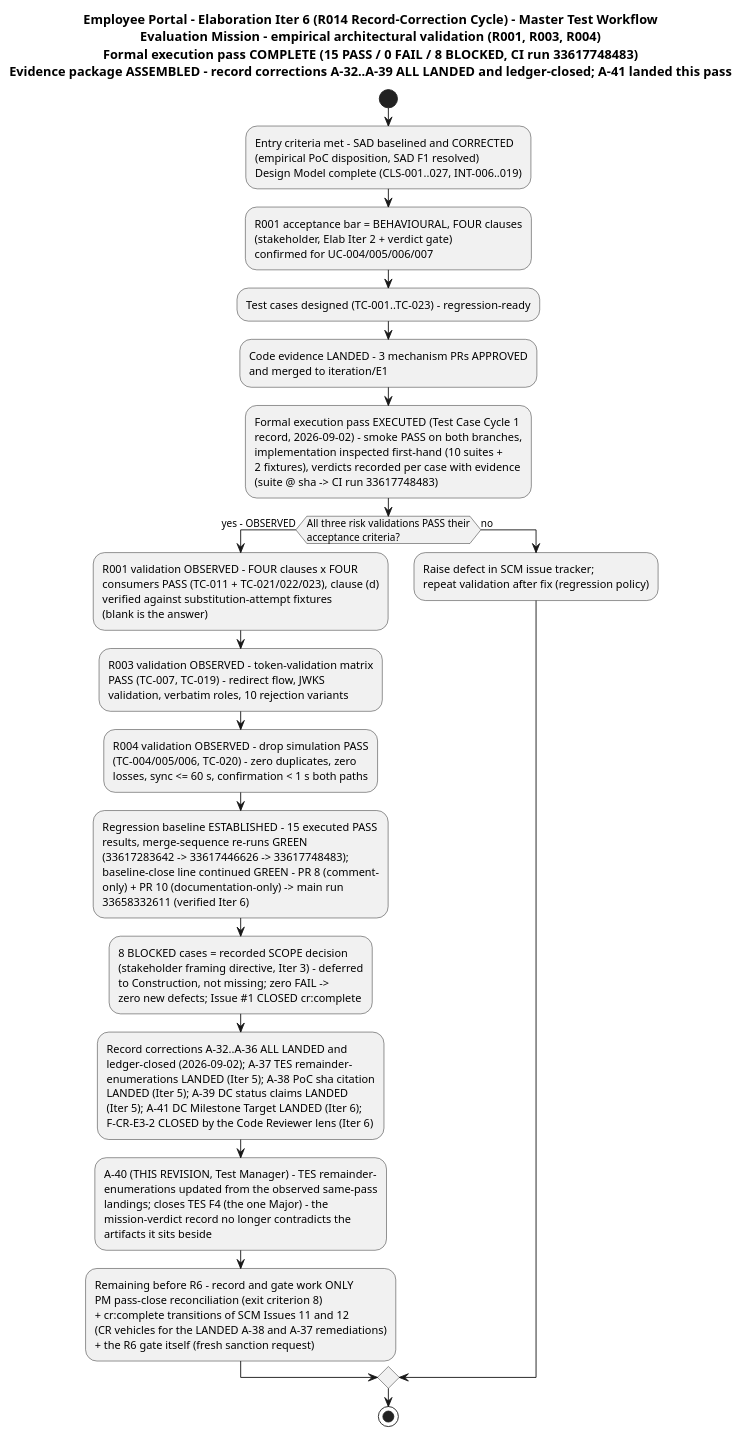
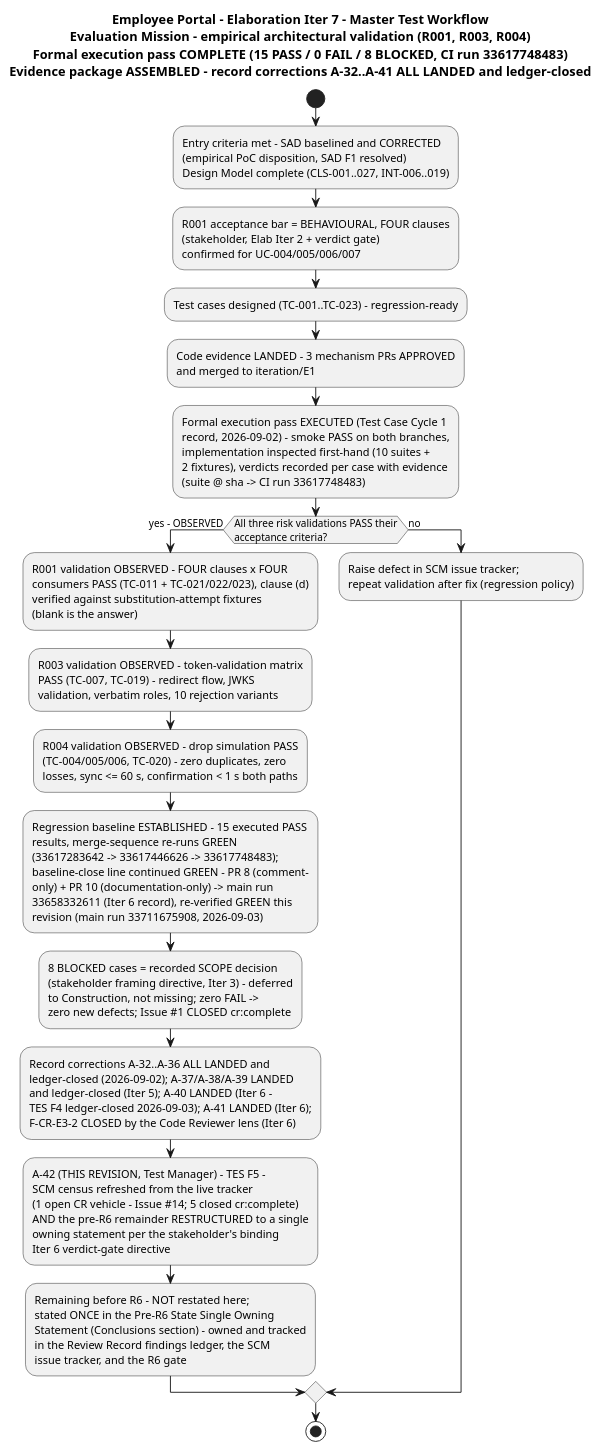
One commit to banense-test/employee-portal changed the second of 5 diagrams in docs/artifacts/test/test-evaluation-summary.md. Above: the diagram before and after it, drawn with PlantUML. The commit also changed other lines of this file, not shown here.

First line of the commit message:
Test Manager [E7]: upsert Test Evaluation Summary

````diff
--- a/docs/artifacts/test/test-evaluation-summary.md
+++ b/docs/artifacts/test/test-evaluation-summary.md
@@ -130,25 +130,25 @@
 ```plantuml
 @startuml
-title Employee Portal - Elaboration Iter 6 (R014 Record-Correction Cycle) - Master Test Workflow\nEvaluation Mission - empirical architectural validation (R001, R003, R004)\nFormal execution pass COMPLETE (15 PASS / 0 FAIL / 8 BLOCKED, CI run 33617748483)\nEvidence package ASSEMBLED - record corrections A-32..A-39 ALL LANDED and ledger-closed; A-41 landed this pass
+title Employee Portal - Elaboration Iter 7 - Master Test Workflow\nEvaluation Mission - empirical architectural validation (R001, R003, R004)\nFormal execution pass COMPLETE (15 PASS / 0 FAIL / 8 BLOCKED, CI run 33617748483)\nEvidence package ASSEMBLED - record corrections A-32..A-41 ALL LANDED and ledger-closed
 
 start
 :Entry criteria met - SAD baselined and CORRECTED\n(empirical PoC disposition, SAD F1 resolved)\nDesign Model complete (CLS-001..027, INT-006..019);
 :R001 acceptance bar = BEHAVIOURAL, FOUR clauses\n(stakeholder, Elab Iter 2 + verdict gate)\nconfirmed for UC-004/005/006/007;
 :Test cases designed (TC-001..TC-023) - regression-ready;
 :Code evidence LANDED - 3 mechanism PRs APPROVED\nand merged to iteration/E1;
 :Formal execution pass EXECUTED (Test Case Cycle 1\nrecord, 2026-09-02) - smoke PASS on both branches,\nimplementation inspected first-hand (10 suites +\n2 fixtures), verdicts recorded per case with evidence\n(suite @ sha -> CI run 33617748483);
 if (All three risk validations PASS their\nacceptance criteria?) then (yes - OBSERVED)
   :R001 validation OBSERVED - FOUR clauses x FOUR\nconsumers PASS (TC-011 + TC-021/022/023), clause (d)\nverified against substitution-attempt fixtures\n(blank is the answer);
   :R003 validation OBSERVED - token-validation matrix\nPASS (TC-007, TC-019) - redirect flow, JWKS\nvalidation, verbatim roles, 10 rejection variants;
   :R004 validation OBSERVED - drop simulation PASS\n(TC-004/005/006, TC-020) - zero duplicates, zero\nlosses, sync <= 60 s, confirmation < 1 s both paths;
-  :Regression baseline ESTABLISHED - 15 executed PASS\nresults, merge-sequence re-runs GREEN\n(33617283642 -> 33617446626 -> 33617748483);\nbaseline-close line continued GREEN - PR 8 (comment-\nonly) + PR 10 (documentation-only) -> main run\n33658332611 (verified Iter 6);
+  :Regression baseline ESTABLISHED - 15 executed PASS\nresults, merge-sequence re-runs GREEN\n(33617283642 -> 33617446626 -> 33617748483);\nbaseline-close line continued GREEN - PR 8 (comment-\nonly) + PR 10 (documentation-only) -> main run\n33658332611 (Iter 6 record), re-verified GREEN this\nrevision (main run 33711675908, 2026-09-03);
   :8 BLOCKED cases = recorded SCOPE decision\n(stakeholder framing directive, Iter 3) - deferred\nto Construction, not missing; zero FAIL ->\nzero new defects; Issue #1 CLOSED cr:complete;
-  :Record corrections A-32..A-36 ALL LANDED and\nledger-closed (2026-09-02); A-37 TES remainder-\nenumerations LANDED (Iter 5); A-38 PoC sha citation\nLANDED (Iter 5); A-39 DC status claims LANDED\n(Iter 5); A-41 DC Milestone Target LANDED (Iter 6);\nF-CR-E3-2 CLOSED by the Code Reviewer lens (Iter 6);
-  :A-40 (THIS REVISION, Test Manager) - TES remainder-\nenumerations updated from the observed same-pass\nlandings; closes TES F4 (the one Major) - the\nmission-verdict record no longer contradicts the\nartifacts it sits beside;
-  :Remaining before R6 - record and gate work ONLY\nPM pass-close reconciliation (exit criterion 8)\n+ cr:complete transitions of SCM Issues 11 and 12\n(CR vehicles for the LANDED A-38 and A-37 remediations)\n+ the R6 gate itself (fresh sanction request);
+  :Record corrections A-32..A-36 ALL LANDED and\nledger-closed (2026-09-02); A-37/A-38/A-39 LANDED\nand ledger-closed (Iter 5); A-40 LANDED (Iter 6 -\nTES F4 ledger-closed 2026-09-03); A-41 LANDED (Iter 6);\nF-CR-E3-2 CLOSED by the Code Reviewer lens (Iter 6);
+  :A-42 (THIS REVISION, Test Manager) - TES F5 -\nSCM census refreshed from the live tracker\n(1 open CR vehicle - Issue #14; 5 closed cr:complete)\nAND the pre-R6 remainder RESTRUCTURED to a single\nowning statement per the stakeholder's binding\nIter 6 verdict-gate directive;
+  :Remaining before R6 - NOT restated here;\nstated ONCE in the Pre-R6 State Single Owning\nStatement (Conclusions section) - owned and tracked\nin the Review Record findings ledger, the SCM\nissue tracker, and the R6 gate;
 else (no)
   :Raise defect in SCM issue tracker;\nrepeat validation after fix (regression policy);
 endif
 stop
 @enduml
 ```
````
